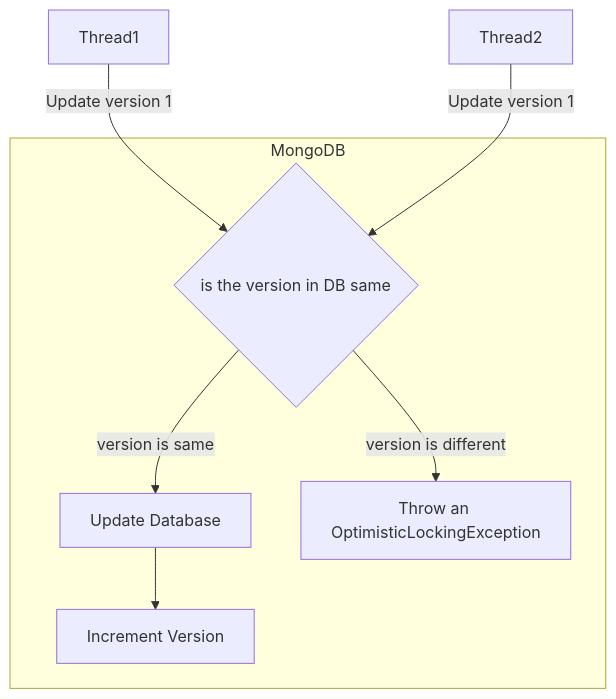
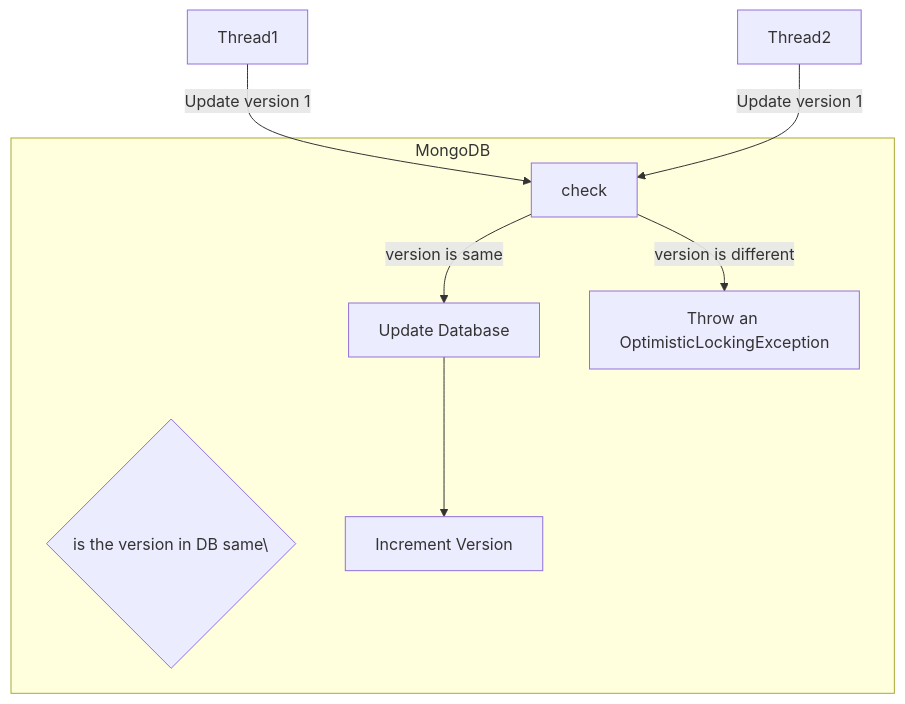
The diagram in src/content/post/dev-life/test-first/tdd/tdd-backend-example.md (ankschoubey/blog), drawn with Mermaid before and after one commit. The commit also changed other lines of this file and 19 other files, not shown here.

````diff
--- a/src/content/post/dev-life/test-first/tdd/tdd-backend-example.md
+++ b/src/content/post/dev-life/test-first/tdd/tdd-backend-example.md
@@ -289,10 +289,10 @@
 ```mermaid!
 flowchart TD
     Thread1 --> |Update version 1| check
     Thread2 --> |Update version 1| check
     subgraph MongoDB
-        check{is the version in DB same}
+        check\{is the version in DB same\}
         check --> |version is same| update_database[Update Database]--> increment_version[Increment Version]
         check --> |version is different | Throw[Throw an OptimisticLockingException]
     end
 ```
````
